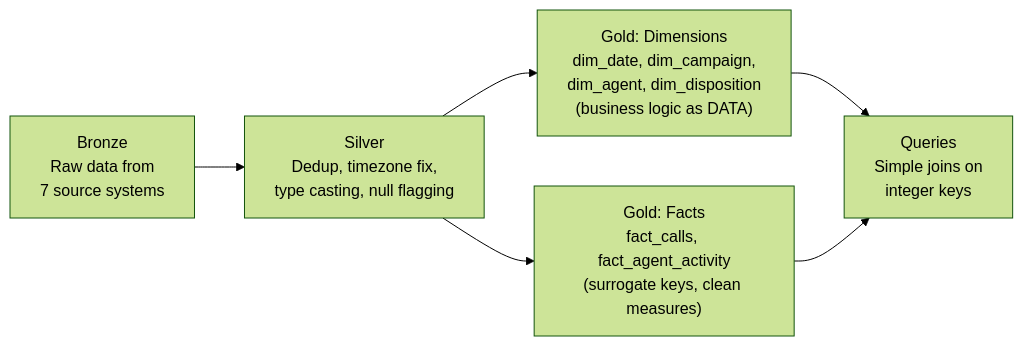
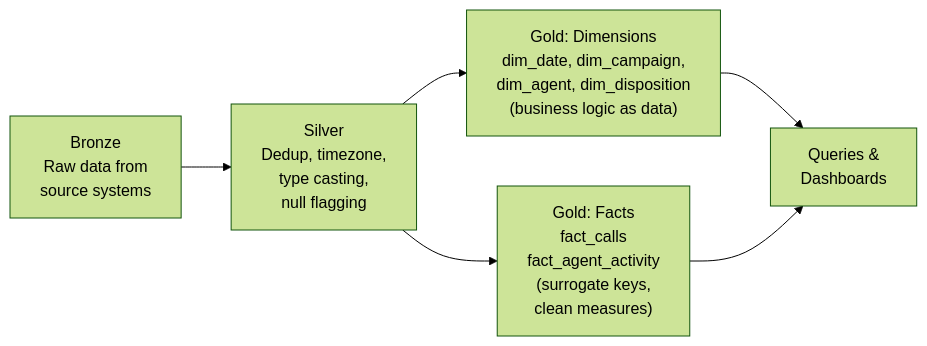
One commit to sunilmogadati/data-engineer-accelerator changed the second of 2 diagrams in concepts/Star_Schema_Design/02_Design.md. Above: the diagram before and after it, drawn with Mermaid (forest theme). The commit also changed other lines of this file and 1 other file, not shown here.

Commit message:
Rewrite Star Schema chapters for public: remove LT-specific refs, add source table query pain demo, universal framing

````diff
--- a/concepts/Star_Schema_Design/02_Design.md
+++ b/concepts/Star_Schema_Design/02_Design.md
@@ -288,8 +231,8 @@
 ```mermaid
 graph LR
-    A["Bronze<br/>Raw data from<br/>7 source systems"] --> B["Silver<br/>Dedup, timezone fix,<br/>type casting, null flagging"]
-    B --> C["Gold: Dimensions<br/>dim_date, dim_campaign,<br/>dim_agent, dim_disposition<br/>(business logic as DATA)"]
-    B --> D["Gold: Facts<br/>fact_calls, fact_agent_activity<br/>(surrogate keys, clean measures)"]
-    C --> E["Queries<br/>Simple joins on<br/>integer keys"]
+    A["Bronze<br/>Raw data from<br/>source systems"] --> B["Silver<br/>Dedup, timezone,<br/>type casting,<br/>null flagging"]
+    B --> C["Gold: Dimensions<br/>dim_date, dim_campaign,<br/>dim_agent, dim_disposition<br/>(business logic as data)"]
+    B --> D["Gold: Facts<br/>fact_calls<br/>fact_agent_activity<br/>(surrogate keys,<br/>clean measures)"]
+    C --> E["Queries &<br/>Dashboards"]
     D --> E
 ```
````
